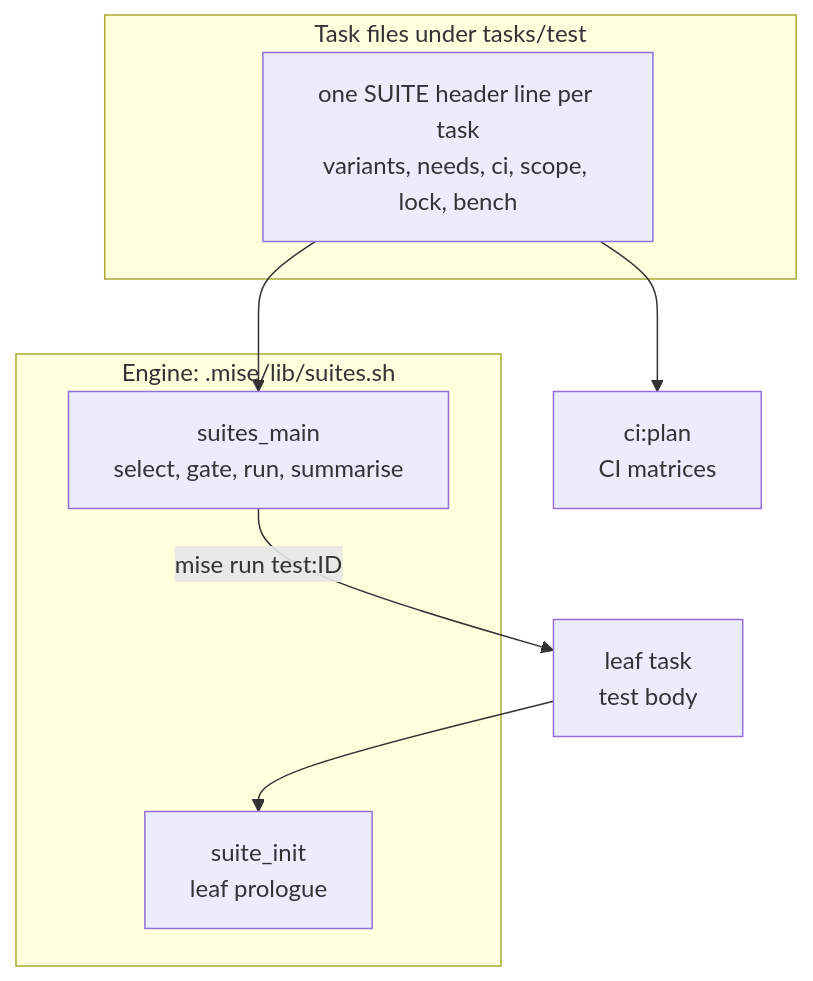
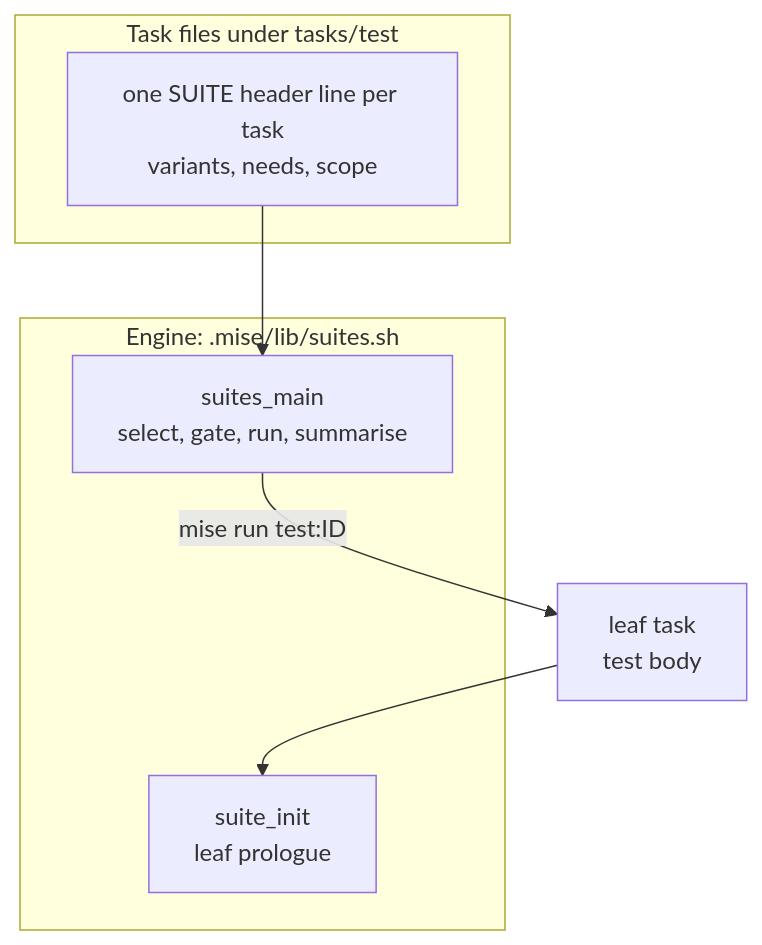
One commit to Cosmian/kms changed the first of 56 diagrams in .mise/tasks/test/README.md. Above: the diagram before and after it, drawn with Mermaid. The commit also changed other lines of this file and 59 other files, not shown here.

First line of the commit message:
ci: drop the CI placement fields from #SUITE headers and delete ci:plan

````diff
--- a/.mise/tasks/test/README.md
+++ b/.mise/tasks/test/README.md
@@ -88,19 +83,17 @@
 ```mermaid
 graph TB
     subgraph Headers["Task files under tasks/test"]
-        SuiteLines["one SUITE header line per task<br/>variants, needs, ci, scope, lock, bench"]
+        SuiteLines["one SUITE header line per task<br/>variants, needs, scope"]
     end
 
     subgraph Engine["Engine: .mise/lib/suites.sh"]
         Main["suites_main<br/>select, gate, run, summarise"]
         Prologue["suite_init<br/>leaf prologue"]
     end
 
-    Plan["ci:plan<br/>CI matrices"]
     Leaf["leaf task<br/>test body"]
 
     SuiteLines --> Main
-    SuiteLines --> Plan
     Main -- "mise run test:ID" --> Leaf
     Leaf --> Prologue
 ```
````
